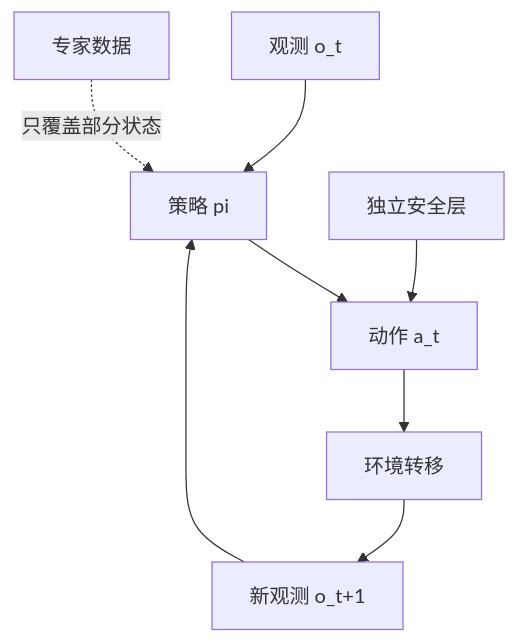
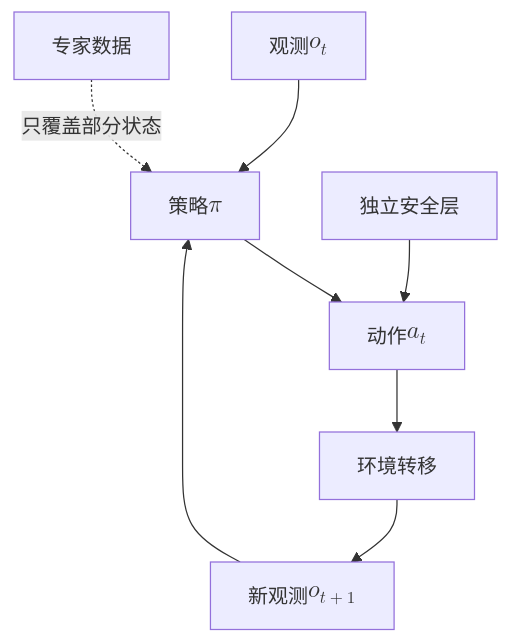
The first of 2 diagrams in docs/part-04-policies/ch13-imitation-and-action-chunks.md (dollarser/world-models-and-embodied-ai-book), drawn with Mermaid before and after one commit. The commit also changed other lines of this file and 20 other files, not shown here.

````diff
--- a/docs/part-04-policies/ch13-imitation-and-action-chunks.md
+++ b/docs/part-04-policies/ch13-imitation-and-action-chunks.md
@@ -32,12 +32,12 @@
 ```mermaid
 flowchart TB
     accTitle: FIG-13-01 图 13-1 模仿策略的闭环接口
     accDescr: 策略把观测映射为动作并改变下一观测，专家数据只覆盖专家访问过的部分状态；独立安全层在动作执行前提供额外约束。
-    O[观测 o_t] --> P[策略 pi]
-    P --> A[动作 a_t]
+    O["观测 $$o_t$$"] --> P["策略 $$\pi$$"]
+    P --> A["动作 $$a_t$$"]
     A --> E[环境转移]
-    E --> O2[新观测 o_t+1]
+    E --> O2["新观测 $$o_{t+1}$$"]
     O2 --> P
     D[专家数据] -.只覆盖部分状态.-> P
     F[独立安全层] --> A
 ```
````
